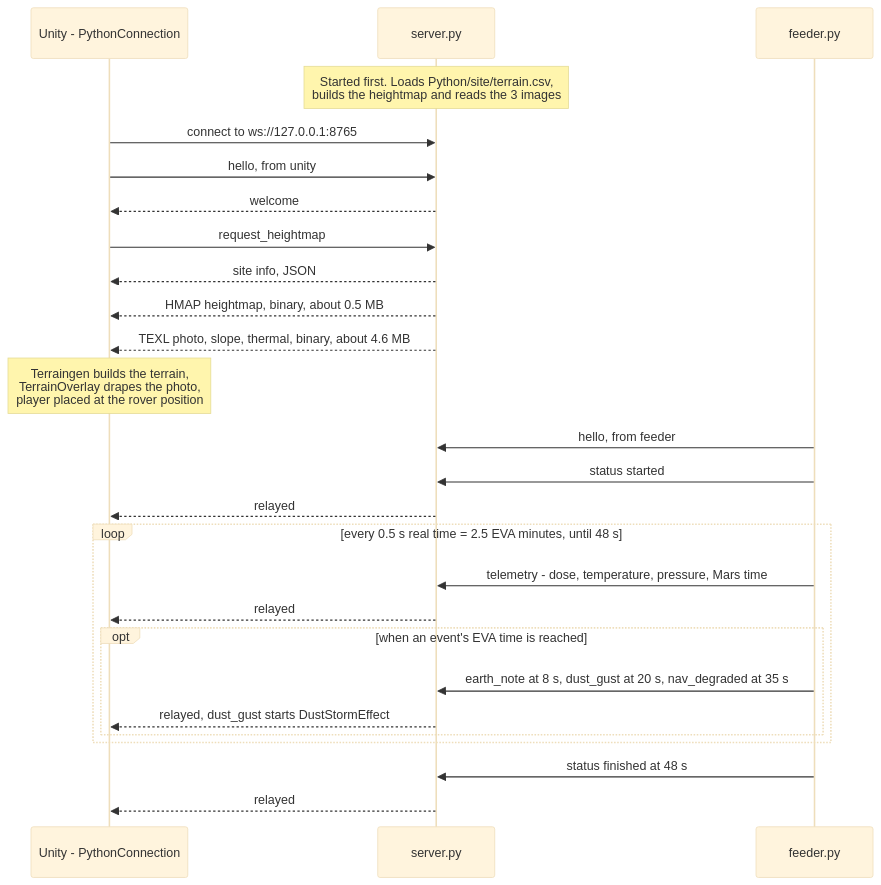
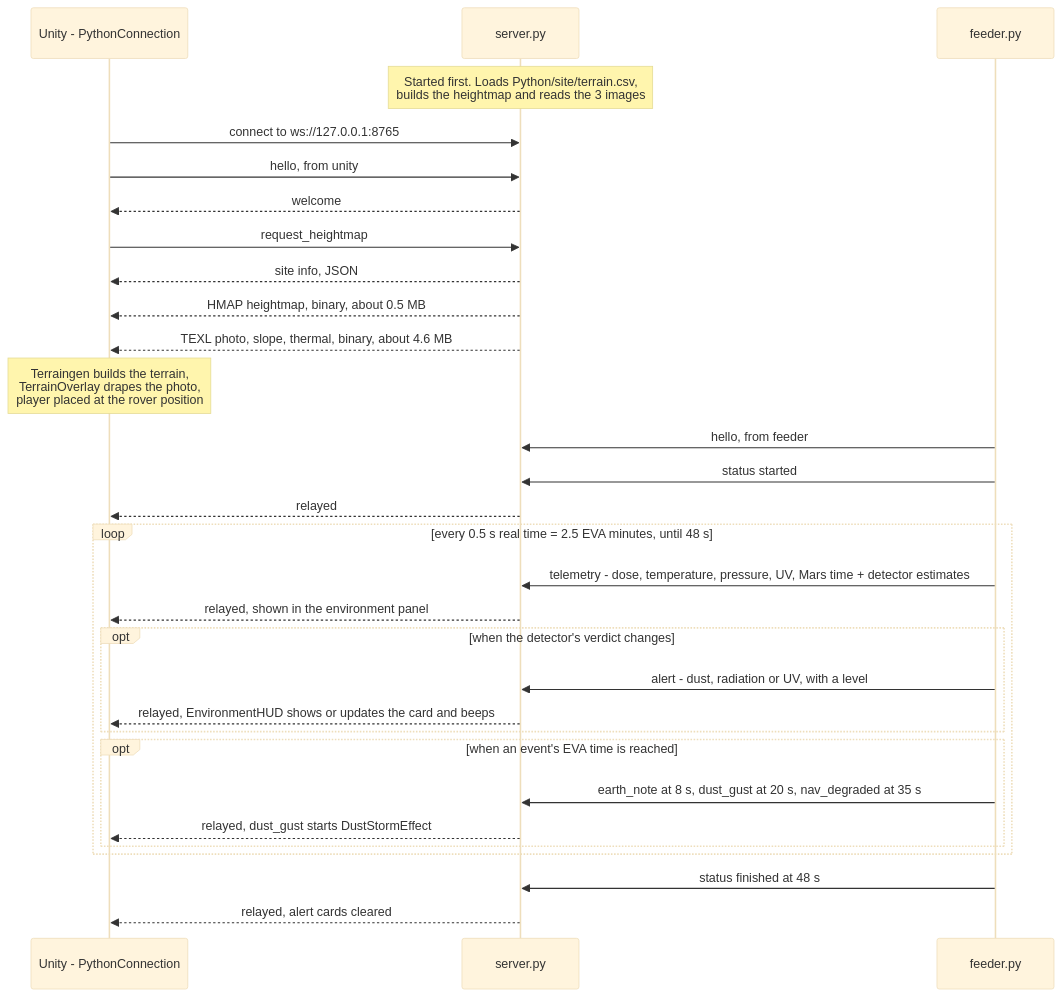
The third of 5 diagrams in docs/PROJECT_REPORT.md (knightofthegrey/Marsmap), drawn with Mermaid (base theme) before and after one commit. The commit also changed other lines of this file and 5 other files, not shown here.

````diff
--- a/docs/PROJECT_REPORT.md
+++ b/docs/PROJECT_REPORT.md
@@ -164,28 +188,32 @@
 ```mermaid
 sequenceDiagram
   participant U as Unity - PythonConnection
   participant S as server.py
   participant F as feeder.py
   Note over S: Started first. Loads Python/site/terrain.csv,<br/>builds the heightmap and reads the 3 images
   U->>S: connect to ws://127.0.0.1:8765
   U->>S: hello, from unity
   S-->>U: welcome
   U->>S: request_heightmap
   S-->>U: site info, JSON
   S-->>U: HMAP heightmap, binary, about 0.5 MB
   S-->>U: TEXL photo, slope, thermal, binary, about 4.6 MB
   Note over U: Terraingen builds the terrain,<br/>TerrainOverlay drapes the photo,<br/>player placed at the rover position
   F->>S: hello, from feeder
   F->>S: status started
   S-->>U: relayed
   loop every 0.5 s real time = 2.5 EVA minutes, until 48 s
-    F->>S: telemetry - dose, temperature, pressure, Mars time
-    S-->>U: relayed
+    F->>S: telemetry - dose, temperature, pressure, UV, Mars time + detector estimates
+    S-->>U: relayed, shown in the environment panel
+    opt when the detector's verdict changes
+      F->>S: alert - dust, radiation or UV, with a level
+      S-->>U: relayed, EnvironmentHUD shows or updates the card and beeps
+    end
     opt when an event's EVA time is reached
       F->>S: earth_note at 8 s, dust_gust at 20 s, nav_degraded at 35 s
       S-->>U: relayed, dust_gust starts DustStormEffect
     end
   end
   F->>S: status finished at 48 s
-  S-->>U: relayed
+  S-->>U: relayed, alert cards cleared
 ```
````
